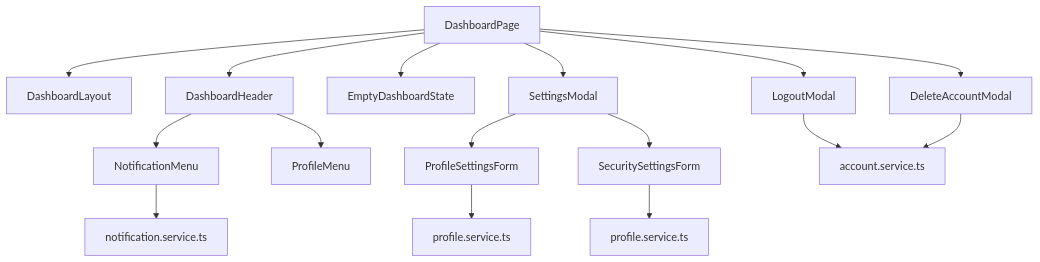
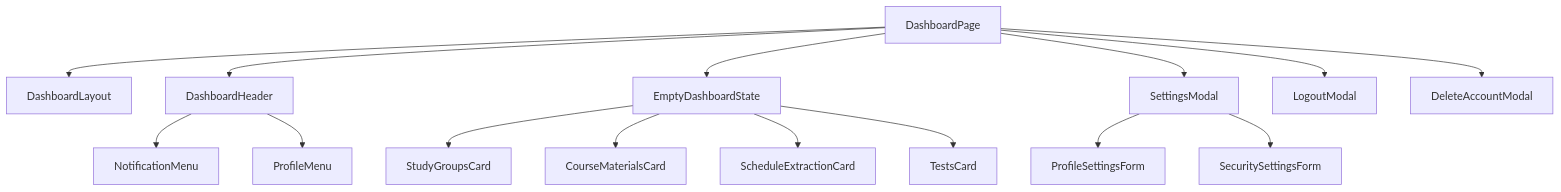
Before and after one commit to hoz2syr/svucomunity_V3: the diagram in untitled/src/docs/diagrams/frontend-dashboard-flow.md, drawn with Mermaid. The commit also changed other lines of this file and 622 other files, not shown here.

````diff
--- a/untitled/src/docs/diagrams/frontend-dashboard-flow.md
+++ b/untitled/src/docs/diagrams/frontend-dashboard-flow.md
@@ -3,22 +3,20 @@
 ```mermaid
 graph TD
   A[DashboardPage]
   A --> B[DashboardLayout]
   A --> C[DashboardHeader]
   A --> D[EmptyDashboardState]
+  D --> D1[StudyGroupsCard]
+  D --> D2[CourseMaterialsCard]
+  D --> D3[ScheduleExtractionCard]
+  D --> D4[TestsCard]
   A --> E[SettingsModal]
   A --> F[LogoutModal]
   A --> G[DeleteAccountModal]
 
   C --> H[NotificationMenu]
   C --> I[ProfileMenu]
 
   E --> J[ProfileSettingsForm]
   E --> K[SecuritySettingsForm]
-
-  J --> L[profile.service.ts]
-  K --> M[profile.service.ts]
-  H --> N[notification.service.ts]
-  F --> O[account.service.ts]
-  G --> O
 ```
````
